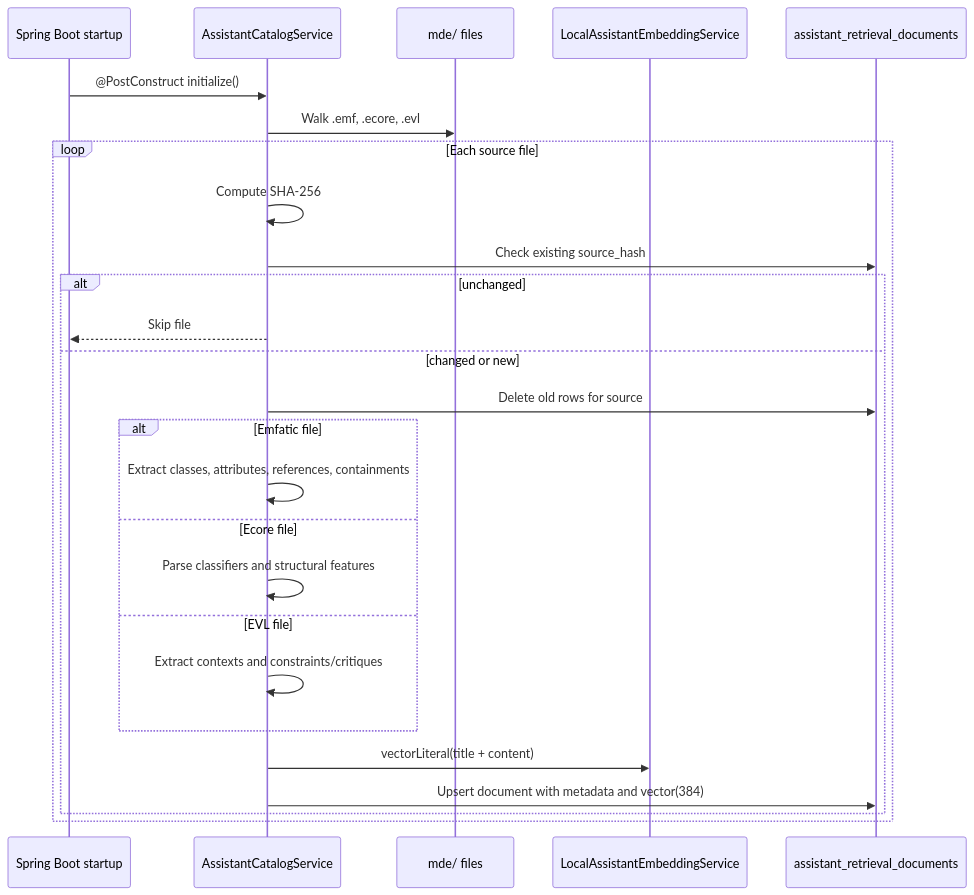
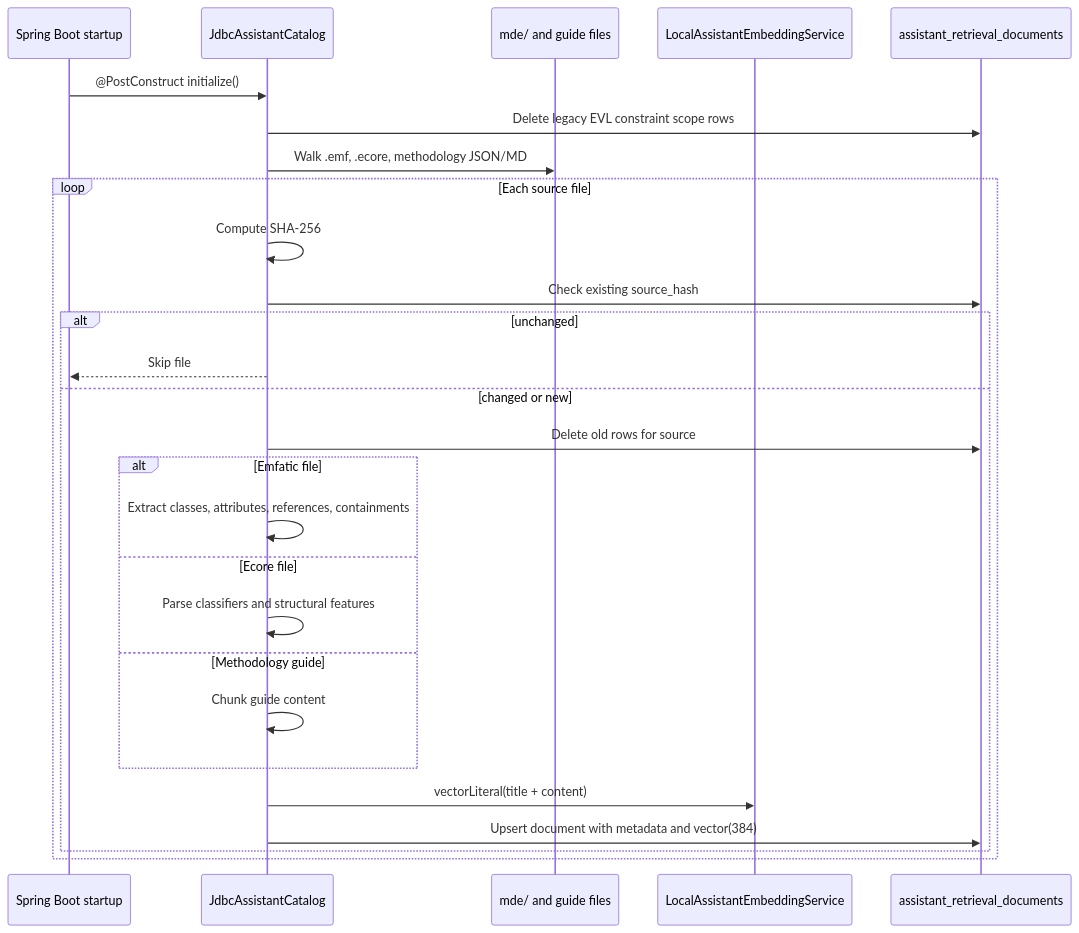
The first of 4 diagrams in docs/diagrams/16-ai-assistant-rag-and-memory.md (mehdieidi/modriss), drawn with Mermaid before and after one commit. The commit also changed other lines of this file and 50 other files, not shown here.

````diff
--- a/docs/diagrams/16-ai-assistant-rag-and-memory.md
+++ b/docs/diagrams/16-ai-assistant-rag-and-memory.md
@@ -5,29 +5,30 @@
 ```mermaid
 sequenceDiagram
     participant Boot as Spring Boot startup
-    participant Cat as AssistantCatalogService
-    participant FS as mde/ files
+    participant Cat as JdbcAssistantCatalog
+    participant FS as mde/ and guide files
     participant Emb as LocalAssistantEmbeddingService
     participant DB as assistant_retrieval_documents
 
     Boot->>Cat: @PostConstruct initialize()
-    Cat->>FS: Walk .emf, .ecore, .evl
+    Cat->>DB: Delete legacy EVL constraint scope rows
+    Cat->>FS: Walk .emf, .ecore, methodology JSON/MD
     loop Each source file
         Cat->>Cat: Compute SHA-256
         Cat->>DB: Check existing source_hash
         alt unchanged
             Cat-->>Boot: Skip file
         else changed or new
             Cat->>DB: Delete old rows for source
             alt Emfatic file
                 Cat->>Cat: Extract classes, attributes, references, containments
             else Ecore file
                 Cat->>Cat: Parse classifiers and structural features
-            else EVL file
-                Cat->>Cat: Extract contexts and constraints/critiques
+            else Methodology guide
+                Cat->>Cat: Chunk guide content
             end
             Cat->>Emb: vectorLiteral(title + content)
             Cat->>DB: Upsert document with metadata and vector(384)
         end
     end
 ```
````
